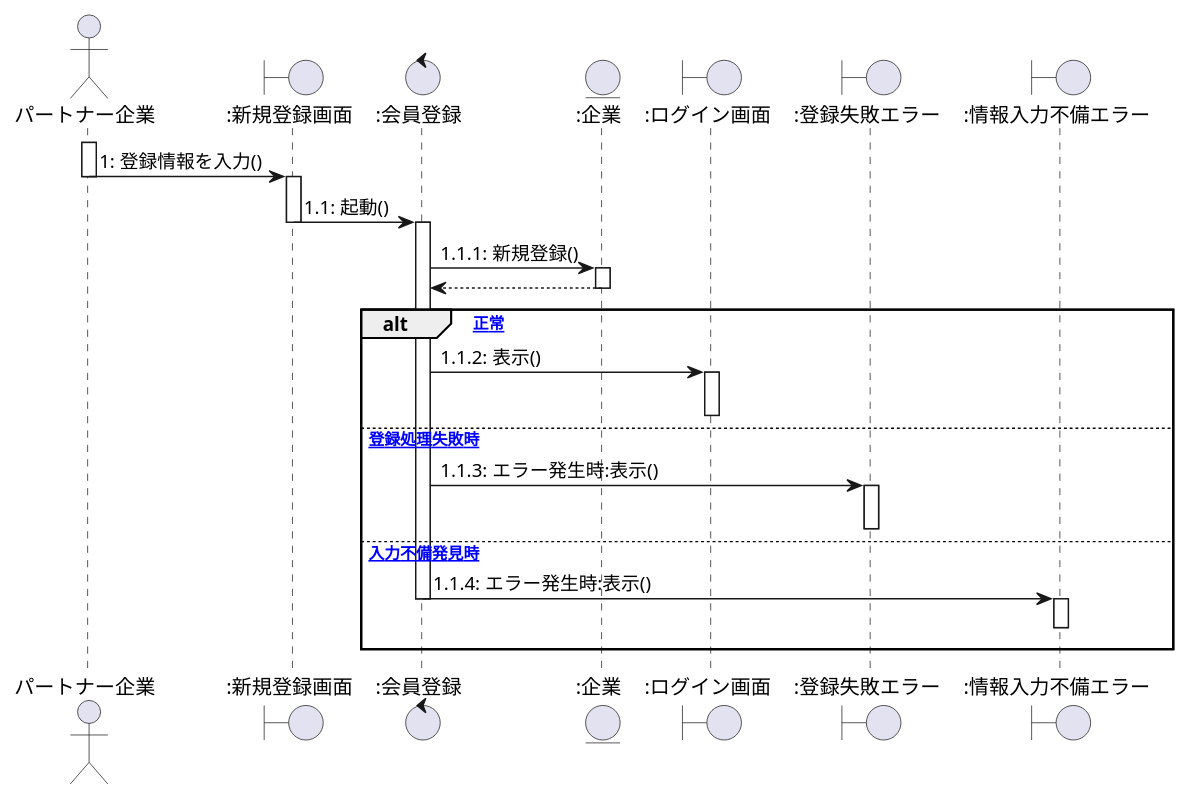
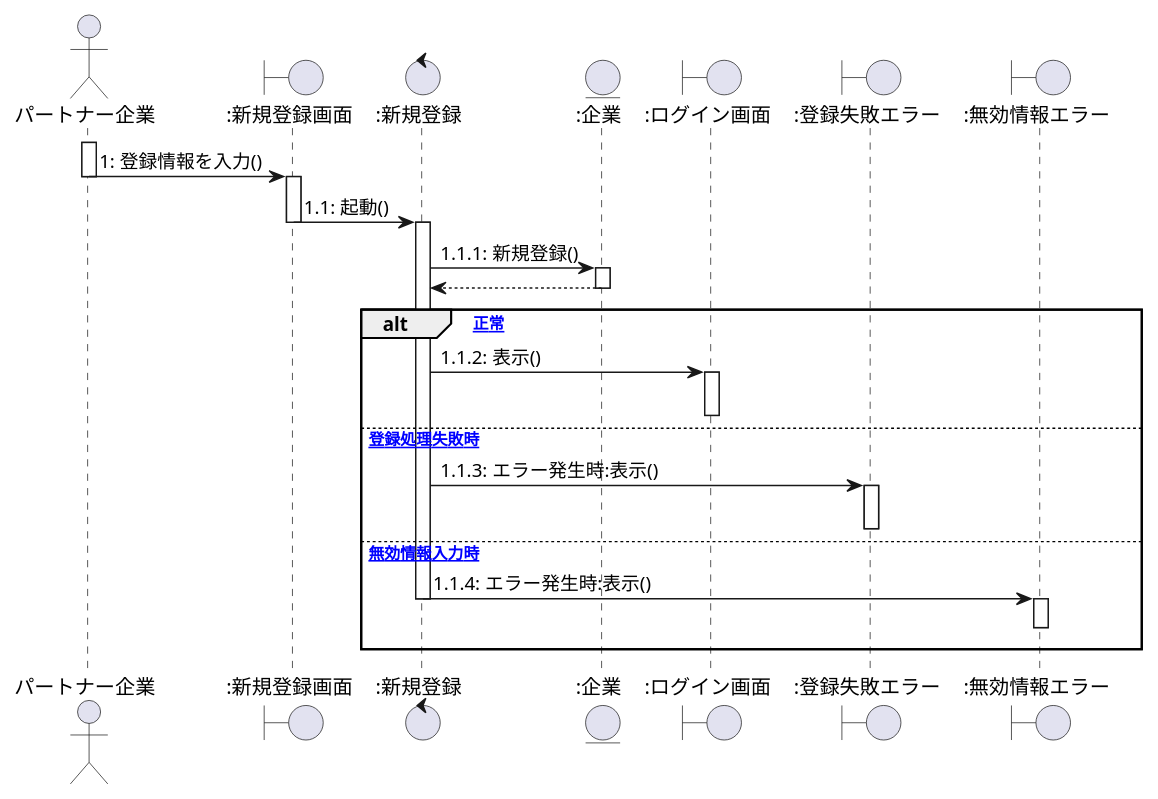
The first of 10 diagrams in client_sequence.plantuml (ksw2270227/GroupF), drawn with PlantUML before and after one commit. The commit also changed other lines of this file and 1 other file, not shown here.

```diff
--- a/client_sequence.plantuml
+++ b/client_sequence.plantuml
@@ -1,43 +1,43 @@
 @startuml 新規登録
 
 actor パートナー企業 as 0
 Boundary ":新規登録画面" as a
-Control ":会員登録" as b
+Control ":新規登録" as b
 Entity ":企業" as c
 Boundary ":ログイン画面" as d
 Boundary ":登録失敗エラー" as e
-Boundary ":情報入力不備エラー" as f
+Boundary ":無効情報エラー" as f
 
 
 activate 0
     0 -> a :1: 登録情報を入力()
 deactivate 0
 
 activate a
     a -> b :1.1: 起動()
 deactivate a
 
 activate b
     b -> c :1.1.1: 新規登録()
 activate c
     b <-- c
 deactivate c
 
 alt [正常]
     b -> d :1.1.2: 表示()
 activate d
 deactivate d
 else [登録処理失敗時]
     b -> e :1.1.3: エラー発生時:表示()
 activate e
 deactivate e
-else [入力不備発見時]
+else [無効情報入力時]
     b -> f :1.1.4: エラー発生時:表示()
 deactivate b
 activate f
 f -[hidden]-> f
 deactivate f
 end
 
 
 @enduml
```
